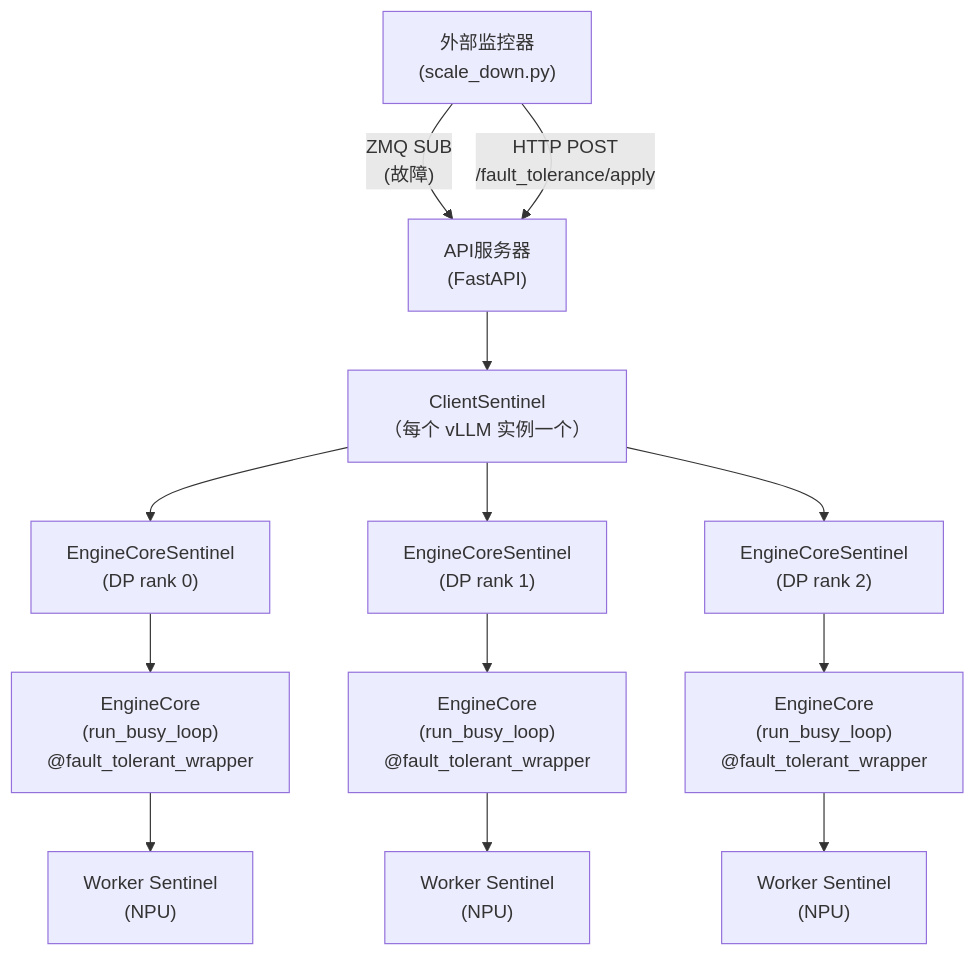
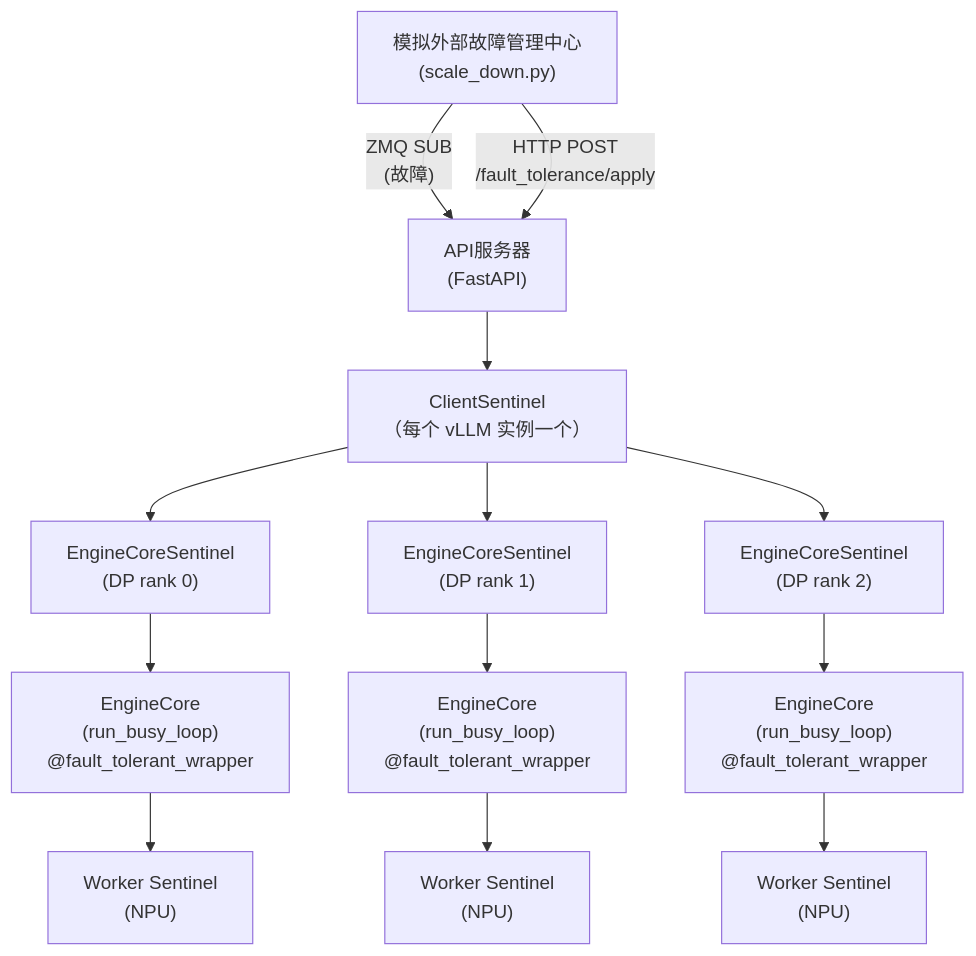
The first of 4 diagrams in elastic-ep/vllm/DESIGN.md (Computing-Availability-Tools/CATHelper), drawn with Mermaid before and after one commit. The commit also changed other lines of this file and 5 other files, not shown here.

Commit message:
docs: 统一文档术语、消除重复、重绘容错流程图

````diff
--- a/elastic-ep/vllm/DESIGN.md
+++ b/elastic-ep/vllm/DESIGN.md
@@ -12,21 +12,21 @@
 ```mermaid
 graph TD
-    Monitor["外部监控器<br/>(scale_down.py)"]
+    Monitor["模拟外部故障管理中心<br/>(scale_down.py)"]
 
     Monitor -->|"ZMQ SUB<br/>(故障)"| API["API服务器<br/>(FastAPI)"]
     Monitor -->|"HTTP POST<br/>/fault_tolerance/apply"| API
 
     API --> Client["ClientSentinel<br/>（每个 vLLM 实例一个）"]
 
     Client --> ECS0["EngineCoreSentinel<br/>(DP rank 0)"]
     Client --> ECS1["EngineCoreSentinel<br/>(DP rank 1)"]
     Client --> ECS2["EngineCoreSentinel<br/>(DP rank 2)"]
 
     ECS0 --> EC0["EngineCore<br/>(run_busy_loop)<br/>@fault_tolerant_wrapper"]
     ECS1 --> EC1["EngineCore<br/>(run_busy_loop)<br/>@fault_tolerant_wrapper"]
     ECS2 --> EC2["EngineCore<br/>(run_busy_loop)<br/>@fault_tolerant_wrapper"]
 
     EC0 --> W0["Worker Sentinel<br/>(NPU)"]
     EC1 --> W1["Worker Sentinel<br/>(NPU)"]
     EC2 --> W2["Worker Sentinel<br/>(NPU)"]
 ```
````
